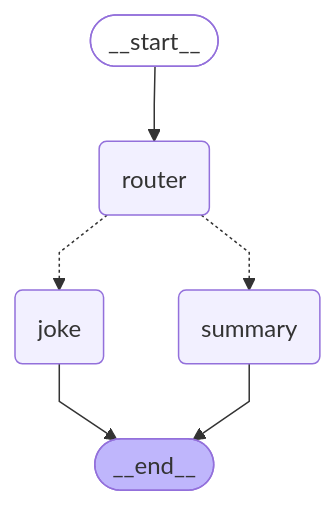
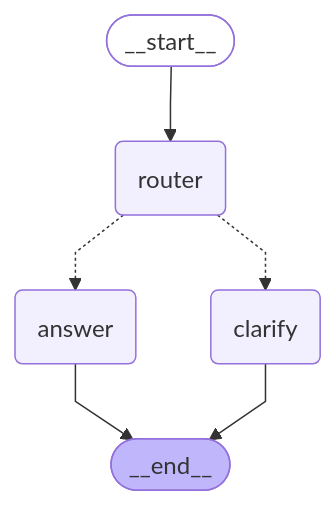
Before and after one commit to toche7/TestLangGraph: the diagram in graph.md, drawn with Mermaid. The commit also changed 2 other files, not shown here.

Commit message:
finish ch3

````diff
--- a/graph.md
+++ b/graph.md
@@ -3,22 +3,22 @@
 ```mermaid
 ---
 config:
   flowchart:
     curve: linear
 ---
 graph TD;
 	__start__([<p>__start__</p>]):::first
 	router(router)
-	joke(joke)
-	summary(summary)
+	answer(answer)
+	clarify(clarify)
 	__end__([<p>__end__</p>]):::last
 	__start__ --> router;
-	router -.-> joke;
-	router -.-> summary;
-	joke --> __end__;
-	summary --> __end__;
+	router -.-> answer;
+	router -.-> clarify;
+	answer --> __end__;
+	clarify --> __end__;
 	classDef default fill:#f2f0ff,line-height:1.2
 	classDef first fill-opacity:0
 	classDef last fill:#bfb6fc
 
 ```
````
